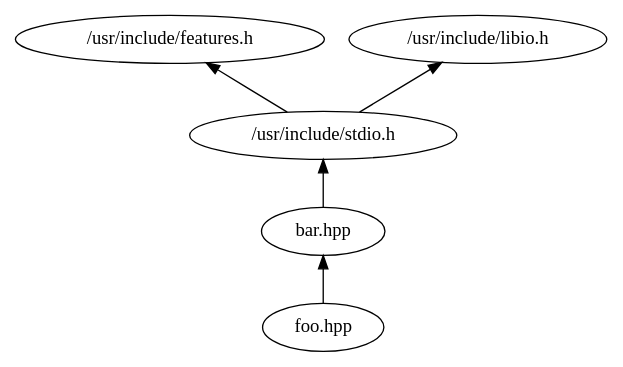
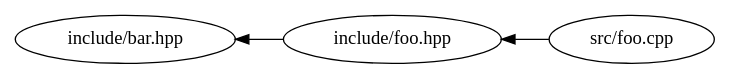
One commit to chuck1/site_kitchen changed the diagram in projects/c_projects/gcc_header_dep/header_dep.dot. Above: the diagram before and after it, drawn with Graphviz. The commit also changed 13 other files, not shown here.

```diff
--- a/projects/c_projects/gcc_header_dep/header_dep.dot
+++ b/projects/c_projects/gcc_header_dep/header_dep.dot
@@ -1,12 +1,8 @@
 digraph {
-	rankdir=BT
-	homechuckgitchuck1pythonprojectsc_projectsgcc_header_depsrcfoohpp [label="foo.hpp"]
-	homechuckgitchuck1pythonprojectsc_projectsgcc_header_depsrcbarhpp [label="bar.hpp"]
-	usrincludestdioh [label="/usr/include/stdio.h"]
-	usrincludefeaturesh [label="/usr/include/features.h"]
-	usrincludelibioh [label="/usr/include/libio.h"]
-	homechuckgitchuck1pythonprojectsc_projectsgcc_header_depsrcfoohpp -> homechuckgitchuck1pythonprojectsc_projectsgcc_header_depsrcbarhpp
-	homechuckgitchuck1pythonprojectsc_projectsgcc_header_depsrcbarhpp -> usrincludestdioh
-	usrincludestdioh -> usrincludefeaturesh
-	usrincludestdioh -> usrincludelibioh
+	rankdir=RL
+	homechuckgitchuck1pythonprojectsc_projectsgcc_header_depsrcfoocpp [label="src/foo.cpp"]
+	includefoohpp [label="include/foo.hpp"]
+	includebarhpp [label="include/bar.hpp"]
+	homechuckgitchuck1pythonprojectsc_projectsgcc_header_depsrcfoocpp -> includefoohpp
+	includefoohpp -> includebarhpp
 }
```
